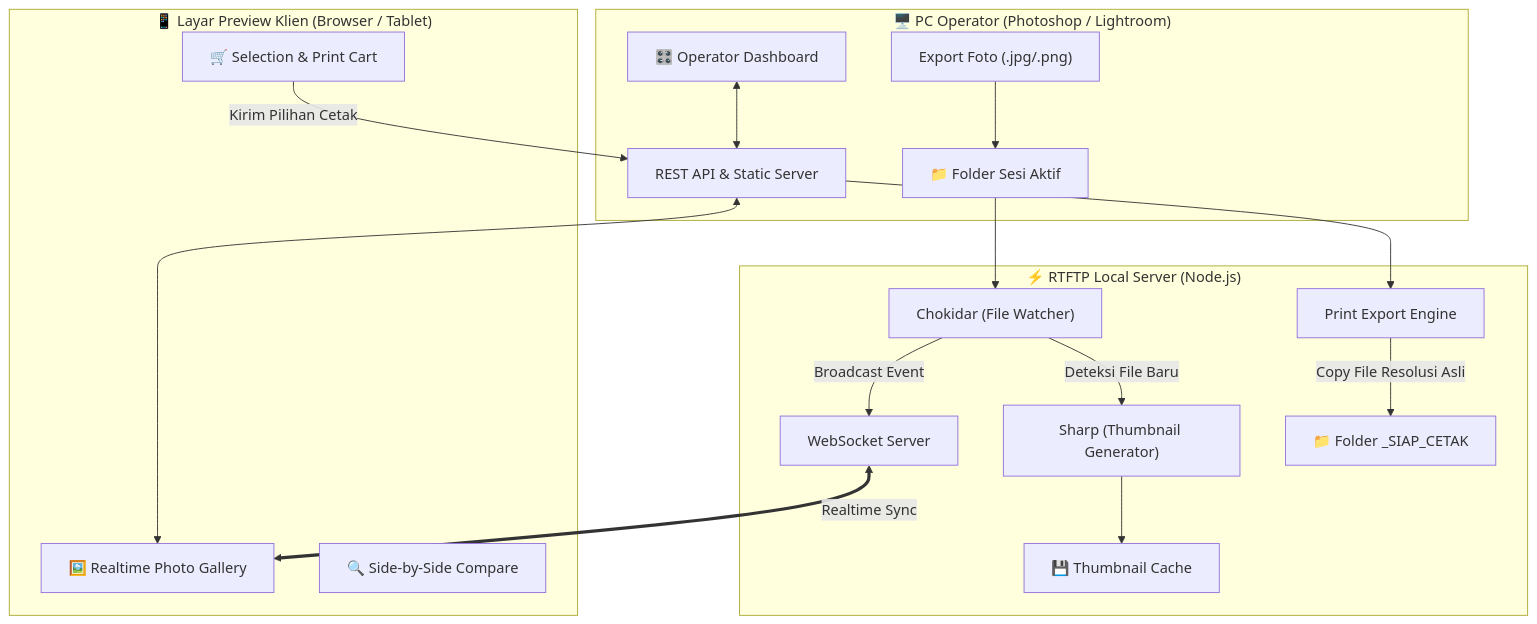
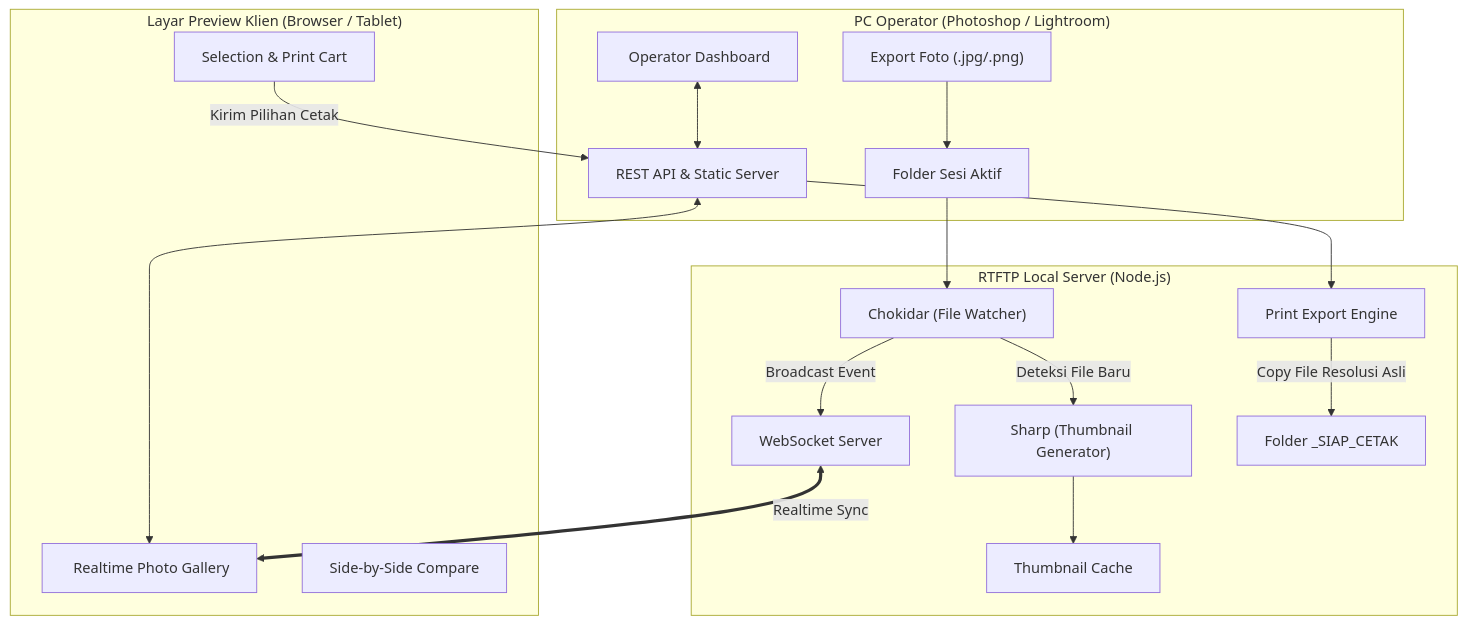
One commit to Ferdi-89/photoprev changed the diagram in PLAN.md. Above: the diagram before and after it, drawn with Mermaid. The commit also changed other lines of this file and 6 other files, not shown here.

````diff
--- a/PLAN.md
+++ b/PLAN.md
@@ -10,27 +10,27 @@
 ```mermaid
 flowchart TD
-    subgraph Operator["🖥️ PC Operator (Photoshop / Lightroom)"]
-        Exp["Export Foto (.jpg/.png)"] --> WatchDir["📁 Folder Sesi Aktif"]
-        OpPanel["🎛️ Operator Dashboard"] <--> API
-    end
+ subgraph Operator["️ PC Operator (Photoshop / Lightroom)"]
+ Exp["Export Foto (.jpg/.png)"] --> WatchDir[" Folder Sesi Aktif"]
+ OpPanel["️ Operator Dashboard"] <--> API
+ end
 
-    subgraph Server["⚡ RTFTP Local Server (Node.js)"]
-        Watcher["Chokidar (File Watcher)"] -->|Deteksi File Baru| Sharp["Sharp (Thumbnail Generator)"]
-        Sharp --> Cache["💾 Thumbnail Cache"]
-        Watcher -->|Broadcast Event| WS["WebSocket Server"]
-        API["REST API & Static Server"]
-        PrintEngine["Print Export Engine"] -->|Copy File Resolusi Asli| PrintFolder["📁 Folder _SIAP_CETAK"]
-    end
+ subgraph Server[" RTFTP Local Server (Node.js)"]
+ Watcher["Chokidar (File Watcher)"] -->|Deteksi File Baru| Sharp["Sharp (Thumbnail Generator)"]
+ Sharp --> Cache[" Thumbnail Cache"]
+ Watcher -->|Broadcast Event| WS["WebSocket Server"]
+ API["REST API & Static Server"]
+ PrintEngine["Print Export Engine"] -->|Copy File Resolusi Asli| PrintFolder[" Folder _SIAP_CETAK"]
+ end
 
-    subgraph Client["📱 Layar Preview Klien (Browser / Tablet)"]
-        WebPreview["🖼️ Realtime Photo Gallery"]
-        Compare["🔍 Side-by-Side Compare"]
-        Cart["🛒 Selection & Print Cart"]
-    end
+ subgraph Client[" Layar Preview Klien (Browser / Tablet)"]
+ WebPreview["️ Realtime Photo Gallery"]
+ Compare[" Side-by-Side Compare"]
+ Cart[" Selection & Print Cart"]
+ end
 
-    WatchDir --> Watcher
-    WS <==>|Realtime Sync| WebPreview
-    API <--> WebPreview
-    Cart -->|Kirim Pilihan Cetak| API
-    API --> PrintEngine
+ WatchDir --> Watcher
+ WS <==>|Realtime Sync| WebPreview
+ API <--> WebPreview
+ Cart -->|Kirim Pilihan Cetak| API
+ API --> PrintEngine
 ```
````
